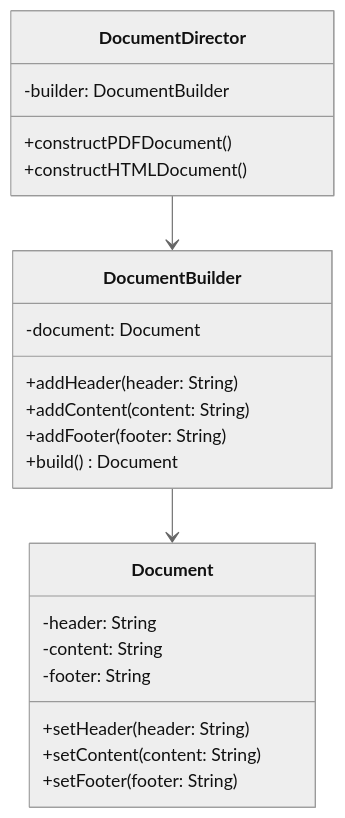
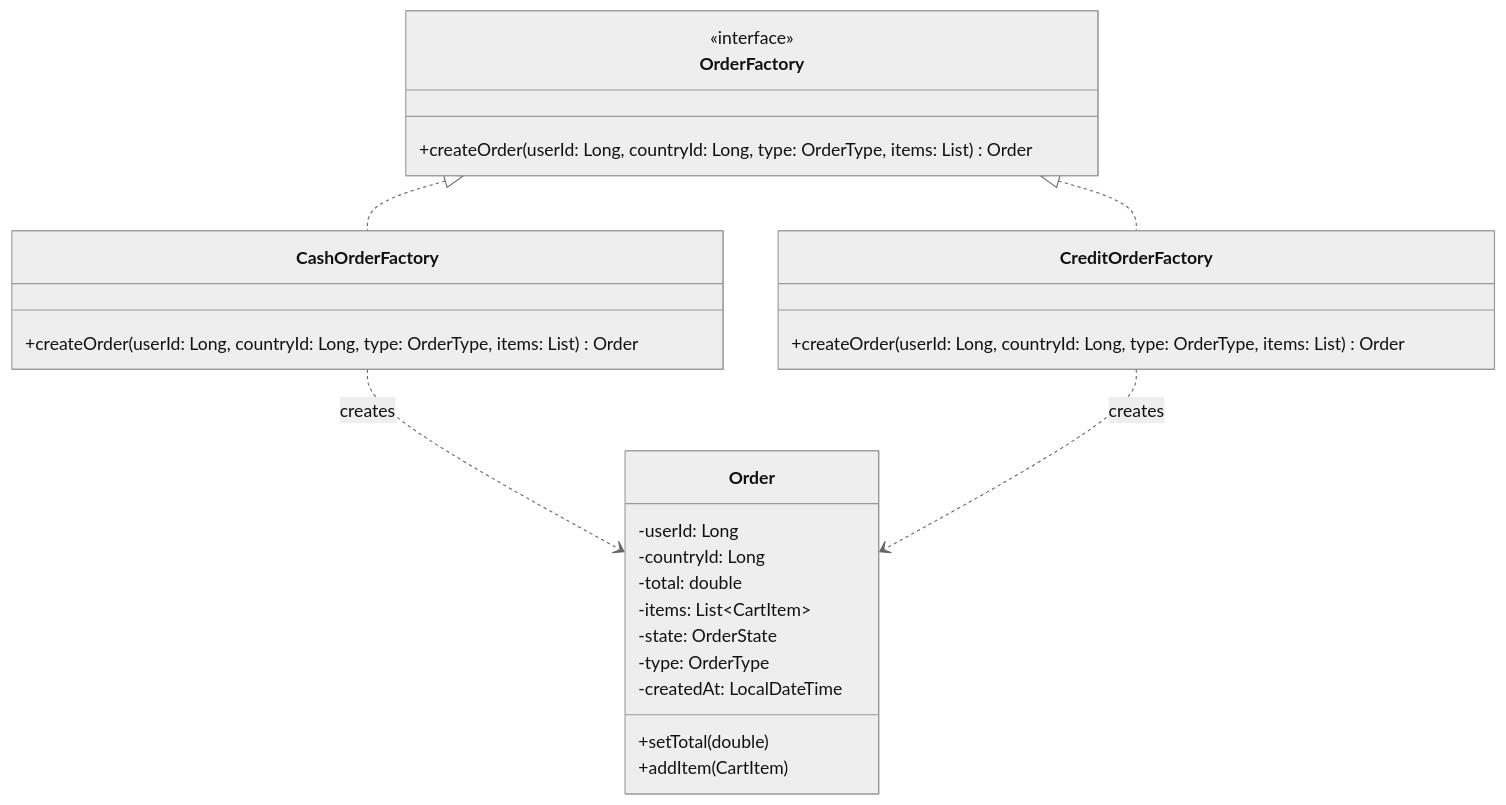
Before and after one commit to Achaire-Zogo/CELIAN: the first of 2 diagrams in Documentation/design_patterns.md, drawn with Mermaid (neutral theme). The commit also changed other lines of this file and 25 other files, not shown here.

````diff
--- a/Documentation/design_patterns.md
+++ b/Documentation/design_patterns.md
@@ -49,26 +7,29 @@
 ```mermaid
 classDiagram
-    class DocumentBuilder {
-        -document: Document
-        +addHeader(header: String)
-        +addContent(content: String)
-        +addFooter(footer: String)
-        +build() Document
+    class OrderFactory {
+        <<interface>>
+        +createOrder(userId: Long, countryId: Long, type: OrderType, items: List) Order
     }
-    class Document {
-        -header: String
-        -content: String
-        -footer: String
-        +setHeader(header: String)
-        +setContent(content: String)
-        +setFooter(footer: String)
+    class CashOrderFactory {
+        +createOrder(userId: Long, countryId: Long, type: OrderType, items: List) Order
     }
-    class DocumentDirector {
-        -builder: DocumentBuilder
-        +constructPDFDocument()
-        +constructHTMLDocument()
+    class CreditOrderFactory {
+        +createOrder(userId: Long, countryId: Long, type: OrderType, items: List) Order
+    }
+    class Order {
+        -userId: Long
+        -countryId: Long
+        -total: double
+        -items: List~CartItem~
+        -state: OrderState
+        -type: OrderType
+        -createdAt: LocalDateTime
+        +setTotal(double)
+        +addItem(CartItem)
     }
 
-    DocumentBuilder --> Document
-    DocumentDirector --> DocumentBuilder
+    OrderFactory <|.. CashOrderFactory
+    OrderFactory <|.. CreditOrderFactory
+    CashOrderFactory ..> Order : creates
+    CreditOrderFactory ..> Order : creates
 ```
````
